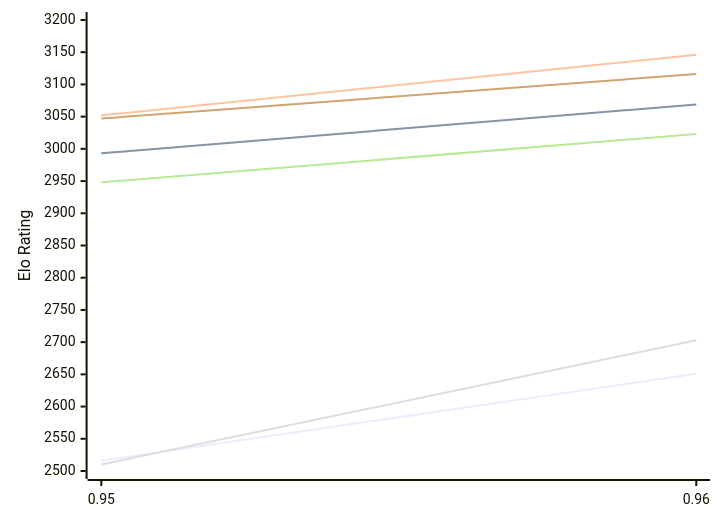
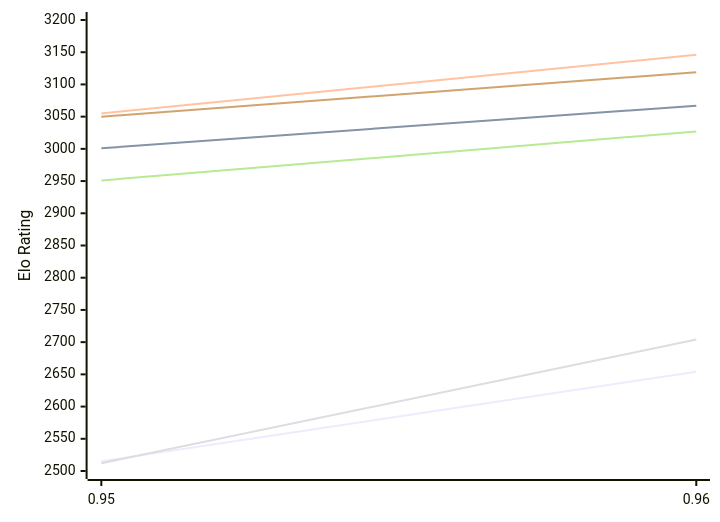
The first of 2 diagrams in engines/Myrddin.md (computer-chess-index/cci), drawn with Mermaid before and after one commit. The commit also changed other lines of this file, not shown here.

Commit message:
Update CCI Ratings (ELO VLTC) - 2026-11-24

````diff
--- a/engines/Myrddin.md
+++ b/engines/Myrddin.md
@@ -51,12 +51,12 @@
 ```mermaid
 %%{init: {"theme":"base","themeVariables":{"seriesColors:['#a3a3a3','#222221','#faa371']}}}%%
 xychart-beta
   x-axis ["0.95", "0.96"]
   y-axis "Elo Rating" 2500 --> 3200
-  line "E1: STC (8.0+0.08s)" [2516, 2651]
-  line "E1: LTC (60.0+0.60s)" [2993, 3069]
-  line "E1: VLTC (2m24s+1.12s)" [3052, 3146]
-  line "P1: STC (8.0+0.08s)" [2510, 2703]
-  line "P1: LTC (60.0+0.60s)" [2948, 3023]
-  line "P1: VLTC (2m24s+1.12s)" [3047, 3116]
+  line "E1: STC (8.0+0.08s)" [2515, 2654]
+  line "E1: LTC (60.0+0.60s)" [3001, 3067]
+  line "E1: VLTC (2m24s+1.12s)" [3055, 3146]
+  line "P1: STC (8.0+0.08s)" [2512, 2704]
+  line "P1: LTC (60.0+0.60s)" [2951, 3027]
+  line "P1: VLTC (2m24s+1.12s)" [3050, 3119]
 ```
````
